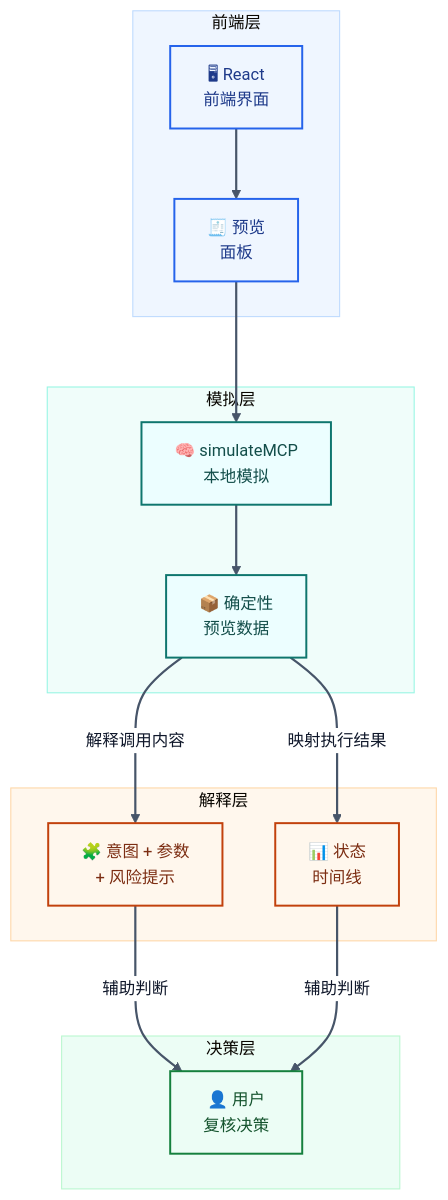
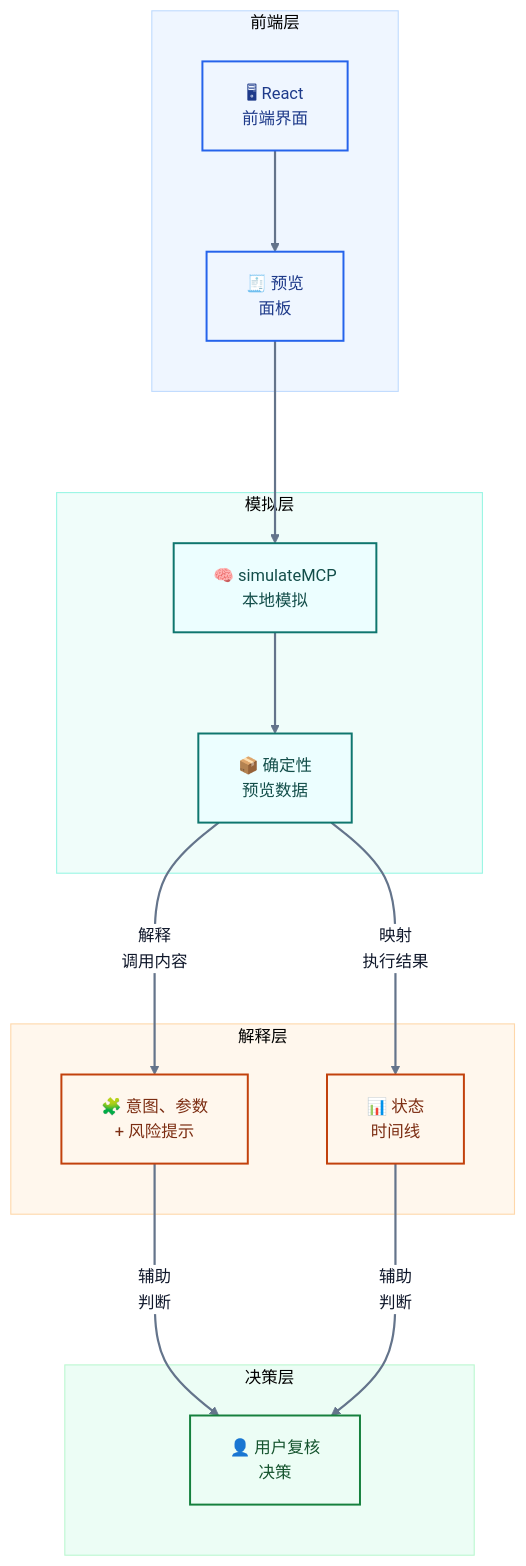
Before and after one commit to sunshineluyao/Moss-Mcp-Transaction: the eighth of 8 diagrams in README.md, drawn with Mermaid. The commit also changed other lines of this file, not shown here.

Commit message:
Polish Mermaid chart readability

````diff
--- a/README.md
+++ b/README.md
@@ -755,39 +755,39 @@
 ```mermaid
-%%{init: {'theme':'base','flowchart': {'htmlLabels': true, 'nodeSpacing': 48, 'rankSpacing': 64, 'curve': 'basis'},'themeVariables': {'fontFamily':'Inter, Segoe UI, sans-serif','fontSize':'15px','primaryTextColor':'#0f172a','lineColor':'#475569','clusterBkg':'#f8fafc','clusterBorder':'#cbd5e1','edgeLabelBackground':'#ffffff'}}}%%
+%%{init: {'theme':'base','flowchart': {'htmlLabels': true, 'nodeSpacing': 72, 'rankSpacing': 92, 'curve': 'basis', 'padding': 18},'themeVariables': {'fontFamily':'Inter, Segoe UI, sans-serif','fontSize':'15px','primaryTextColor':'#0f172a','lineColor':'#64748b','clusterBkg':'#f8fafc','clusterBorder':'#cbd5e1','edgeLabelBackground':'#ffffff','primaryBorderColor':'#2563eb','primaryColor':'#eff6ff'}}}%%
 flowchart TB
   subgraph L1[前端层]
     UI["🖥 React<br/>前端界面"] --> Preview["🧾 预览<br/>面板"]
   end
 
   subgraph L2[模拟层]
     Engine["🧠 simulateMCP<br/>本地模拟"] --> Data["📦 确定性<br/>预览数据"]
   end
 
   subgraph L3[解释层]
-    Cards["🧩 意图 + 参数<br/>+ 风险提示"]
+    Cards["🧩 意图、参数<br/>+ 风险提示"]
     Timeline["📊 状态<br/>时间线"]
   end
 
   subgraph L4[决策层]
-    User["👤 用户<br/>复核决策"]
+    User["👤 用户复核<br/>决策"]
   end
 
   Preview --> Engine
-  Data -->|解释调用内容| Cards -->|辅助判断| User
-  Data -->|映射执行结果| Timeline -->|辅助判断| User
+  Data -->|解释<br/>调用内容| Cards -->|辅助<br/>判断| User
+  Data -->|映射<br/>执行结果| Timeline -->|辅助<br/>判断| User
 
   classDef frontend fill:#eff6ff,stroke:#2563eb,stroke-width:1.8px,color:#1e3a8a;
   classDef sim fill:#ecfeff,stroke:#0f766e,stroke-width:1.8px,color:#134e4a;
   classDef explain fill:#fff7ed,stroke:#c2410c,stroke-width:1.8px,color:#7c2d12;
   classDef decision fill:#ecfdf5,stroke:#15803d,stroke-width:1.8px,color:#14532d;
 
   class UI,Preview frontend;
   class Engine,Data sim;
   class Cards,Timeline explain;
   class User decision;
   style L1 fill:#eff6ff,stroke:#bfdbfe,stroke-width:1px
   style L2 fill:#f0fdfa,stroke:#99f6e4,stroke-width:1px
   style L3 fill:#fff7ed,stroke:#fed7aa,stroke-width:1px
   style L4 fill:#ecfdf5,stroke:#bbf7d0,stroke-width:1px
-  linkStyle default stroke:#475569,stroke-width:2px;
+  linkStyle default stroke:#64748b,stroke-width:2px;
 ```
````
